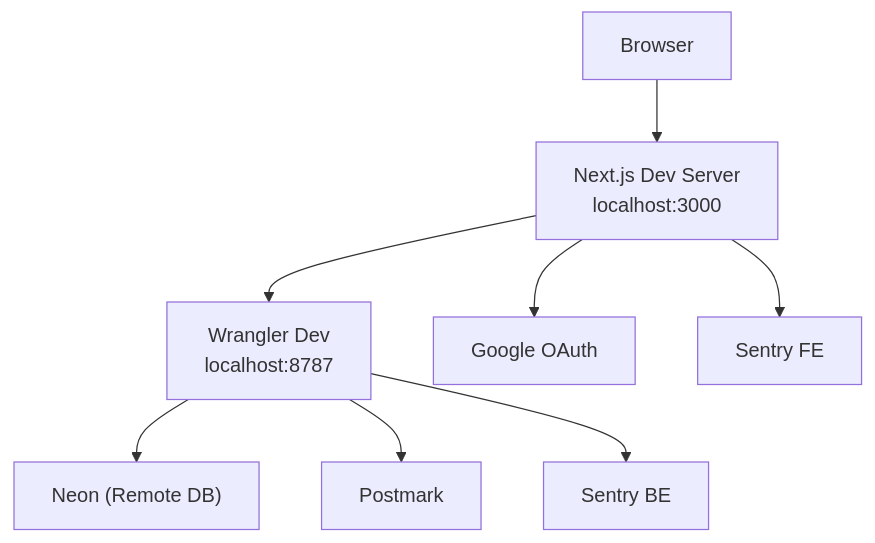
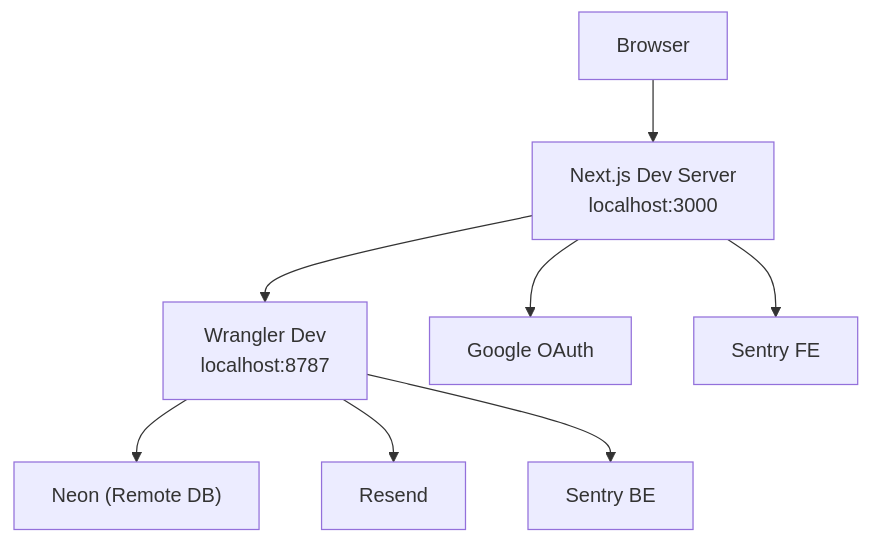
One commit to RSS705/newchums changed the third of 4 diagrams in docs/System_Map.md. Above: the diagram before and after it, drawn with Mermaid. The commit also changed other lines of this file and 28 other files, not shown here.

Commit message:
Postmark removed, replaced by Resend.

````diff
--- a/docs/System_Map.md
+++ b/docs/System_Map.md
@@ -340,10 +340,10 @@
 ```mermaid
 flowchart TB
   Browser["Browser"] --> WebLocal["Next.js Dev Server<br/>localhost:3000"]
   WebLocal --> ApiLocal["Wrangler Dev<br/>localhost:8787"]
   ApiLocal --> Neon["Neon (Remote DB)"]
-  ApiLocal --> Postmark["Postmark"]
+  ApiLocal --> Resend["Resend"]
   WebLocal --> Google["Google OAuth"]
   WebLocal --> SentryFE["Sentry FE"]
   ApiLocal --> SentryBE["Sentry BE"]
 ```
````
